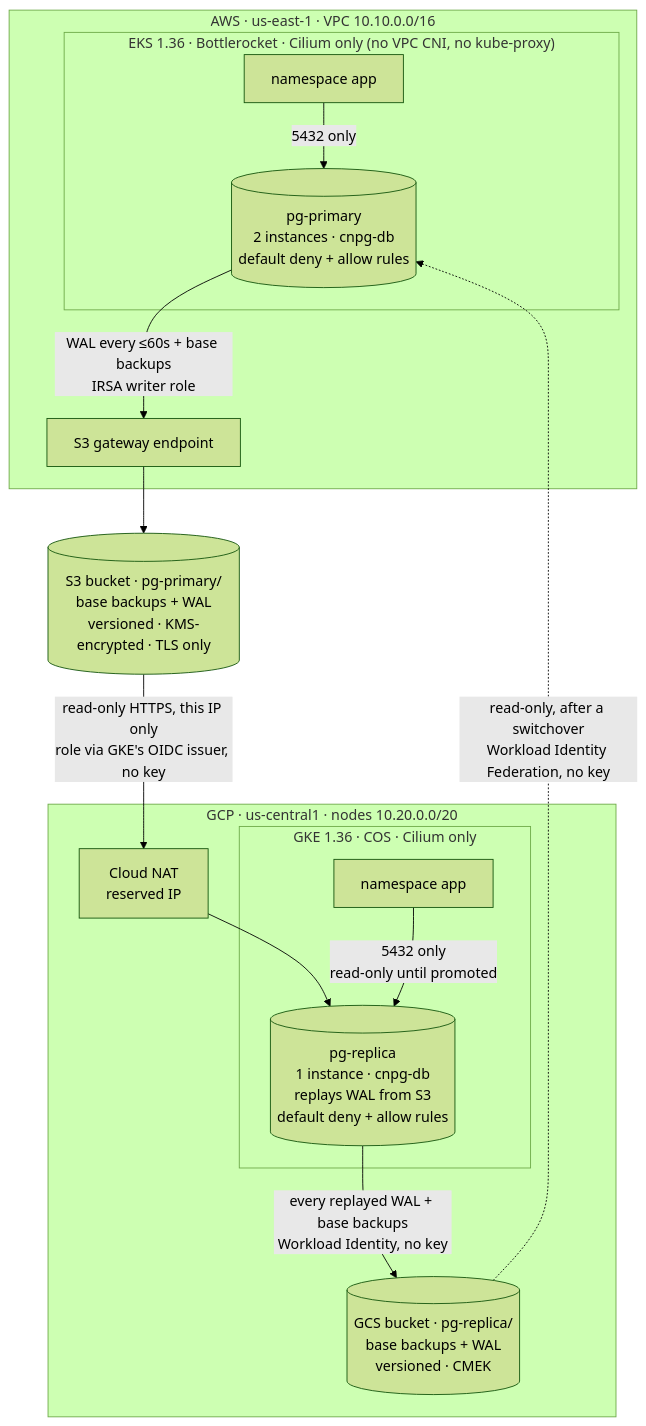
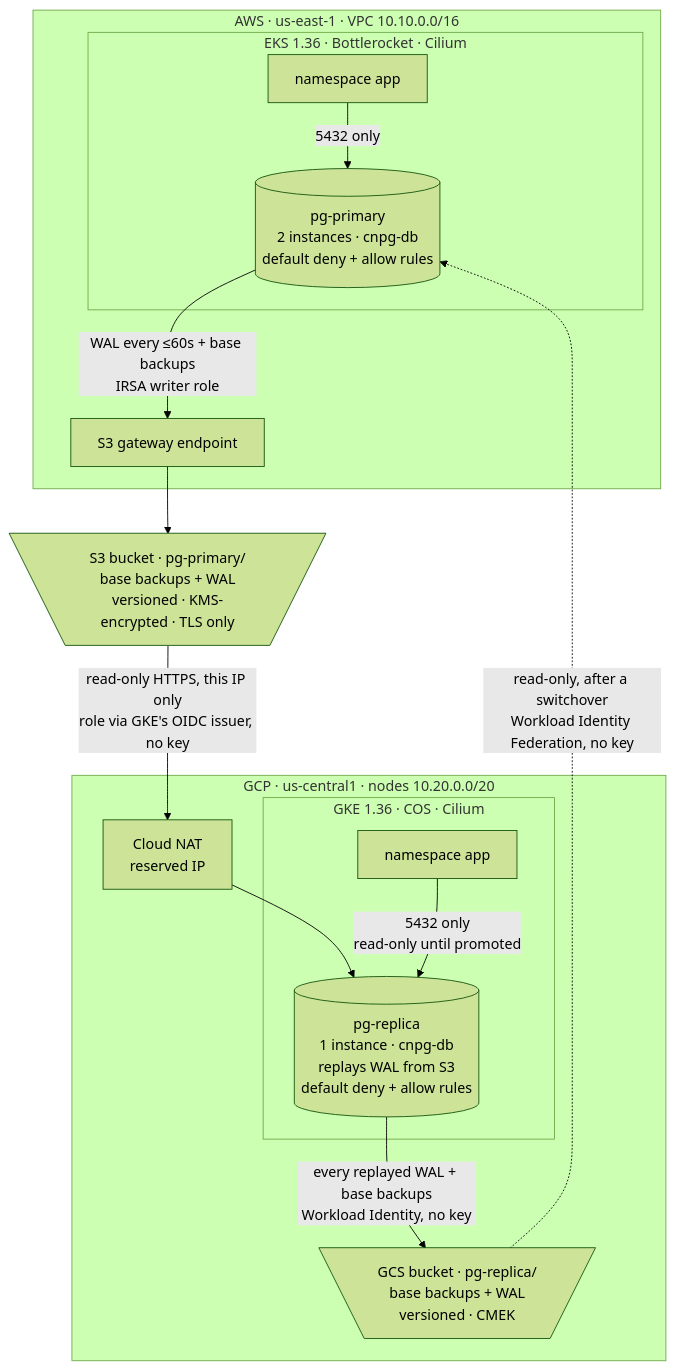
The diagram in README.md (william-stewart/poc-multicloud-postgres), drawn with Mermaid (forest theme) before and after one commit.

Commit message:
docs(readme): simplify the diagram, draw buckets apart from databases
The CNI details on the cluster labels belong in the design notes, not
the overview diagram. The S3 and GCS buckets were cylinders like the
databases; they are now bucket-shaped, so storage and databases are told
apart at a glance.

````diff
--- a/README.md
+++ b/README.md
@@ -12,30 +12,30 @@
 ```mermaid
 flowchart TB
   subgraph AWS["AWS · us-east-1 · VPC 10.10.0.0/16"]
-    subgraph EKS["EKS 1.36 · Bottlerocket · Cilium only (no VPC CNI, no kube-proxy)"]
+    subgraph EKS["EKS 1.36 · Bottlerocket · Cilium"]
       app["namespace app"]
       primary[("pg-primary<br/>2 instances · cnpg-db<br/>default deny + allow rules")]
     end
     vpce["S3 gateway endpoint"]
   end
 
-  s3[("S3 bucket · pg-primary/<br/>base backups + WAL<br/>versioned · KMS-encrypted · TLS only")]
+  s3[\"S3 bucket · pg-primary/<br/>base backups + WAL<br/>versioned · KMS-encrypted · TLS only"/]
 
   subgraph GCP["GCP · us-central1 · nodes 10.20.0.0/20"]
-    subgraph GKE["GKE 1.36 · COS · Cilium only"]
+    subgraph GKE["GKE 1.36 · COS · Cilium"]
       app2["namespace app"]
       replica[("pg-replica<br/>1 instance · cnpg-db<br/>replays WAL from S3<br/>default deny + allow rules")]
     end
     nat["Cloud NAT<br/>reserved IP"]
-    gcs[("GCS bucket · pg-replica/<br/>base backups + WAL<br/>versioned · CMEK")]
+    gcs[\"GCS bucket · pg-replica/<br/>base backups + WAL<br/>versioned · CMEK"/]
   end
 
   app -- "5432 only" --> primary
   primary -- "WAL every ≤60s + base backups<br/>IRSA writer role" --> vpce
   vpce --> s3
   s3 -- "read-only HTTPS, this IP only<br/>role via GKE's OIDC issuer, no key" --> nat
   nat --> replica
   replica -- "every replayed WAL + base backups<br/>Workload Identity, no key" --> gcs
   app2 -- "5432 only<br/>read-only until promoted" --> replica
   gcs -. "read-only, after a switchover<br/>Workload Identity Federation, no key" .-> primary
 ```
````
